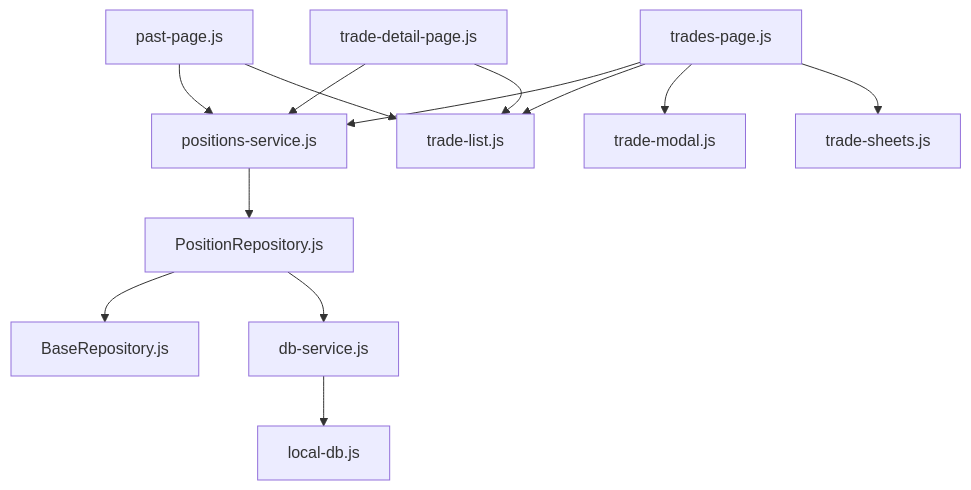
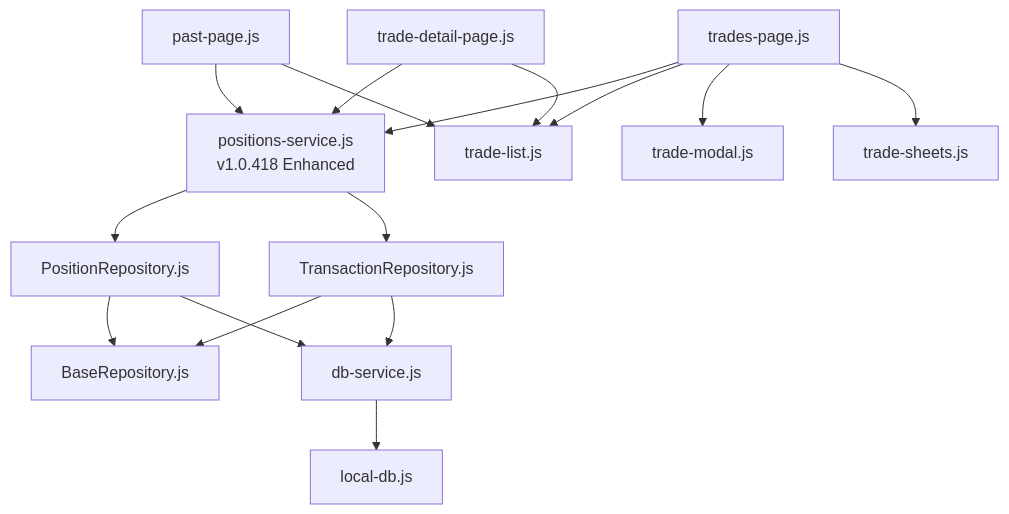
Before and after one commit to iliyas77/MTF-monitor: diagram 12 of 12 in .qoder/repowiki/en/content/Core Features/Positions Tracking/Positions Tracking.md, drawn with Mermaid. The commit also changed other lines of this file and 46 other files, not shown here.

````diff
--- a/.qoder/repowiki/en/content/Core Features/Positions Tracking/Positions Tracking.md
+++ b/.qoder/repowiki/en/content/Core Features/Positions Tracking/Positions Tracking.md
@@ -532,15 +610,18 @@
 ```mermaid
 graph TB
-SVC["positions-service.js"] --> REPO["PositionRepository.js"]
+SVC["positions-service.js<br/>v1.0.418 Enhanced"] --> REPO["PositionRepository.js"]
+SVC --> TXREPO["TransactionRepository.js"]
 REPO --> BASE["BaseRepository.js"]
+TXREPO --> BASE
 REPO --> DBS["db-service.js"]
+TXREPO --> DBS
 DBS --> LOCAL["local-db.js"]
 TRP["trades-page.js"] --> SVC
 PAST["past-page.js"] --> SVC
 DETAIL["trade-detail-page.js"] --> SVC
 TRP --> LIST["trade-list.js"]
 TRP --> MODAL["trade-modal.js"]
 TRP --> SHEETS["trade-sheets.js"]
 PAST --> LIST
 DETAIL --> LIST
 ```
````
